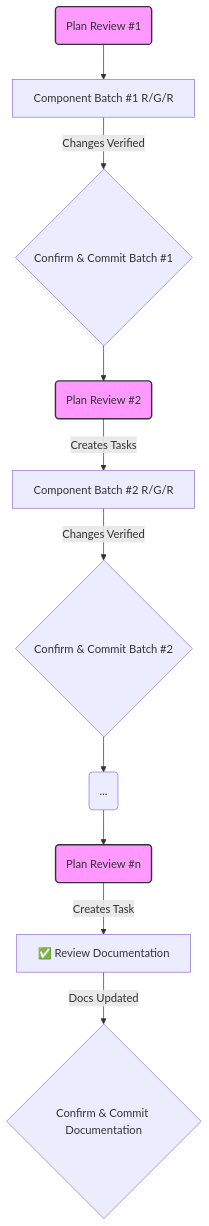
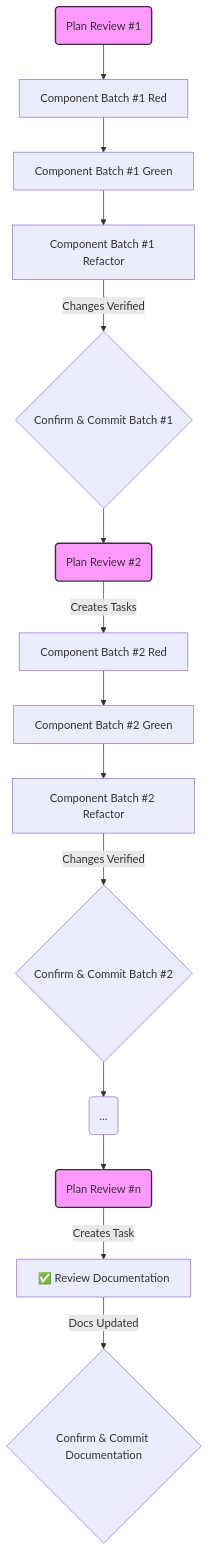
Before and after one commit to smaugho/taskqueue-mcp: the diagram in .cursor/rules/dev_bug_use_case_modification.mdc, drawn with Mermaid. The commit also changed other lines of this file and 6 other files, not shown here.

````diff
--- a/.cursor/rules/dev_bug_use_case_modification.mdc
+++ b/.cursor/rules/dev_bug_use_case_modification.mdc
@@ -7,16 +7,20 @@
 ```mermaid
 flowchart TD
-    A(Plan Review #1) --> C[Component Batch #1 R/G/R];
-    C -- Changes Verified --> C_CommitConfirm{Confirm & Commit Batch #1};
+    A(Plan Review #1) --> C_Red[Component Batch #1 Red];
+    C_Red --> C_Green[Component Batch #1 Green];
+    C_Green --> C_Refactor[Component Batch #1 Refactor];
+    C_Refactor -- Changes Verified --> C_CommitConfirm{Confirm & Commit Batch #1};
     C_CommitConfirm --> D(Plan Review #2);
-    D -- Creates Tasks --> E[Component Batch #2 R/G/R];
-    E -- Changes Verified --> E_CommitConfirm{Confirm & Commit Batch #2};
+    D -- Creates Tasks --> E_Red[Component Batch #2 Red];
+    E_Red --> E_Green[Component Batch #2 Green];
+    E_Green --> E_Refactor[Component Batch #2 Refactor];
+    E_Refactor -- Changes Verified --> E_CommitConfirm{Confirm & Commit Batch #2};
     E_CommitConfirm --> F(...);
     F --> G(Plan Review #n);
     G -- Creates Task --> H[✅ Review Documentation];
     H -- Docs Updated --> H_CommitConfirm{Confirm & Commit Documentation};
 
     style A fill:#f9f,stroke:#333,stroke-width:2px
     style D fill:#f9f,stroke:#333,stroke-width:2px
     style G fill:#f9f,stroke:#333,stroke-width:2px
 ```
````
